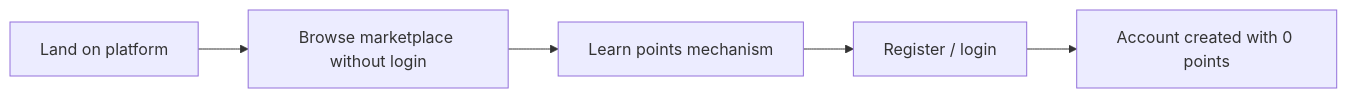
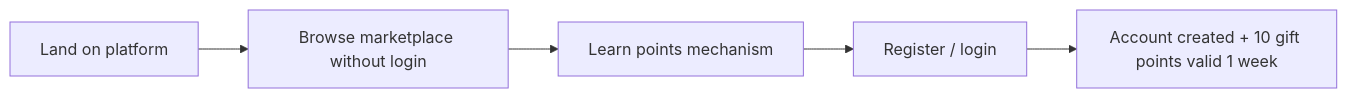
Before and after one commit to argszero/aitokenpool: the first of 5 diagrams in docs/user-stories.md, drawn with Mermaid. The commit also changed other lines of this file, not shown here.

Commit message:
docs: finalize points model — gift 10 pts (1 week), earned/top-up permanent (v1.2) (#11)

````diff
--- a/docs/user-stories.md
+++ b/docs/user-stories.md
@@ -63,7 +68,7 @@
 ```mermaid
 flowchart LR
   A[Land on platform] --> B[Browse marketplace without login]
   B --> C[Learn points mechanism]
   C --> D[Register / login]
-  D --> E[Account created with 0 points]
+  D --> E[Account created + 10 gift points valid 1 week]
 ```
````
